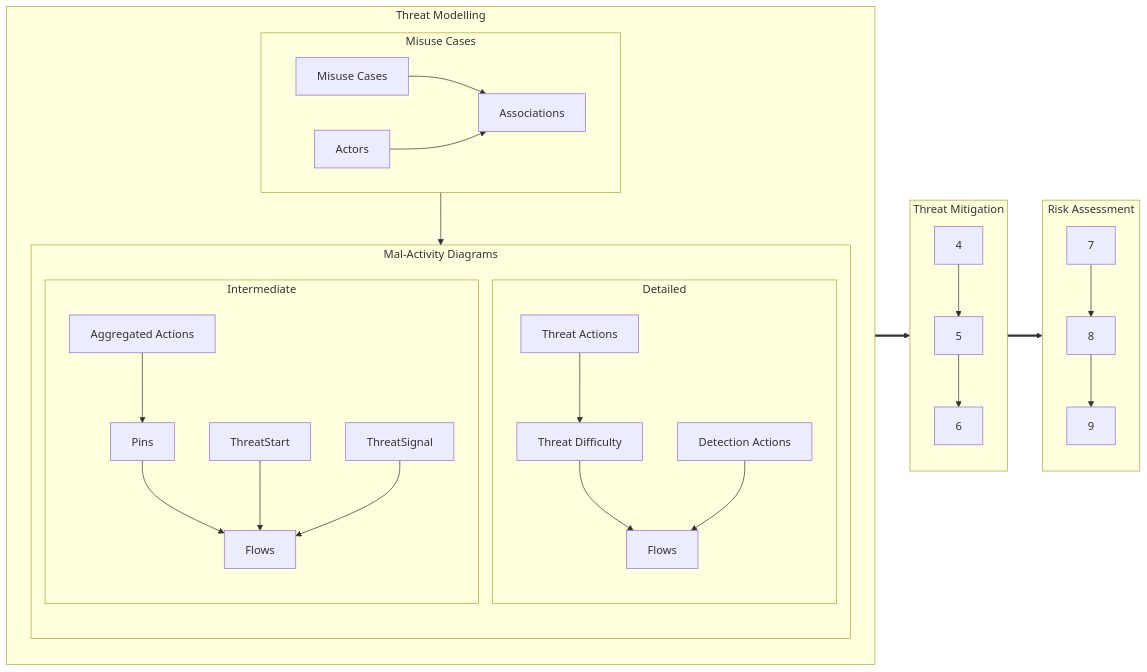
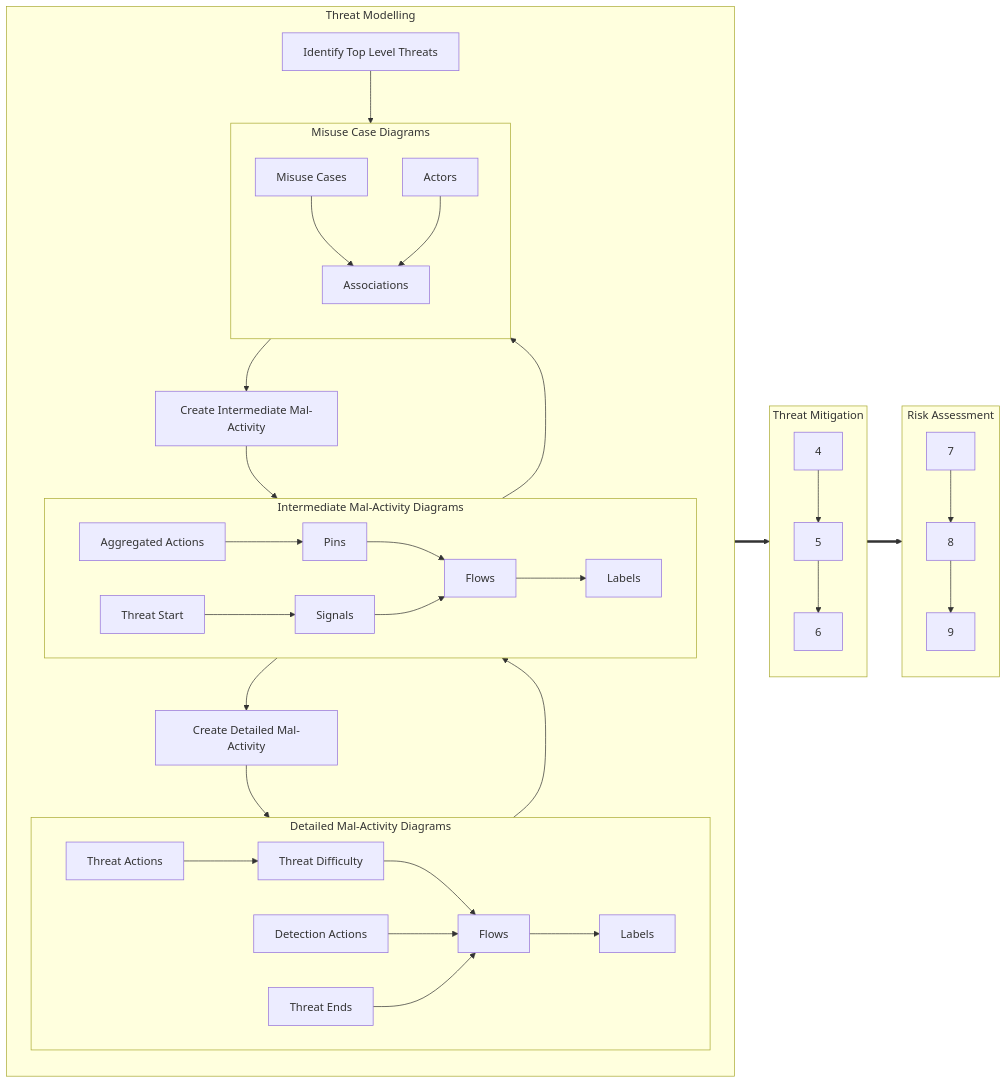
One commit to stuartfowler/CEMT changed the diagram in README.md. Above: the diagram before and after it, drawn with Mermaid. The commit also changed other lines of this file, not shown here.

Commit message:
Updated diagram

````diff
--- a/README.md
+++ b/README.md
@@ -97,47 +97,59 @@
 ```mermaid
 flowchart LR
+
   subgraph TMo["Threat Modelling"]
     direction TB
-    subgraph 1["Misuse Cases"]
+    subgraph 1["Misuse Case Diagrams"]
+      direction TB
+      1a["Misuse Cases"] --> 1c["Associations"]
+      1b["Actors"] --> 1c
+    end
+    subgraph 21["Intermediate Mal-Activity Diagrams"]
       direction LR
-      1a["Misuse Cases"]
-      1b["Actors"]
-      1c["Associations"]
-      1a --> 1c
-      1b --> 1c
+      21a["Aggregated Actions"] --> 21b["Pins"] --> 21e["Flows"] --> 21f["Labels"]
+      21c["Threat Start"] --> 21d["Signals"] --> 21e      
     end
-    subgraph 2["Mal-Activity Diagrams"]
-      direction TB
-      subgraph 21["Intermediate"]
-        direction LR
-        21a["Aggregated Actions"]
-        21b["Pins"]
-        21c["ThreatStart"]
-        21d["ThreatSignal"]
-        21e["Flows"]
-        21a --> 21b --> 21e
-        21c --> 21e
-        21d --> 21e
-      end
-      subgraph 22["Detailed"]
-        direction LR
-        2a["Threat Actions"]
-        2b["Detection Actions"]
-        2c["Threat Difficulty"]
-        2d["Flows"]
-        2a --> 2c --> 2d
-        2b --> 2d
-      end
+    subgraph 22["Detailed Mal-Activity Diagrams"]
+      direction LR
+      22a["Threat Actions"] --> 22c["Threat Difficulty"] --> 22d["Flows"] --> 22f["Labels"]
+      22b["Detection Actions"] --> 22d
+      22e["Threat Ends"] --> 22d
     end
-    1 --> 2
-  end
+    23["Create Detailed Mal-Activity"]
+    24["Create Intermediate Mal-Activity"]
+    25["Identify Top Level Threats"]
+    21 --> 23 --> 22
+    25 --> 1 --> 24 --> 21
+    21 --> 1
+    22 --> 21
+    end
   subgraph TMi["Threat Mitigation"]
     direction TB
     4 --> 5 --> 6
   end
   subgraph RA["Risk Assessment"]
     direction TB
     7 --> 8 --> 9
   end
   TMo ==> TMi ==> RA
+  click 25 "#threat-modelling" "Threat Modelling"
+  click 1a "#misuse-case-diagrams" "Misuse Case Diagrams"
+  click 1b "#misuse-case-diagrams" "Misuse Case Diagrams"
+  click 1c "#misuse-case-diagrams" "Misuse Case Diagrams"
+  click 24 "#misuse-case-diagrams" "Misuse Case Diagrams"
+
+  click 23 "#intermediate-mal-activity-diagrams" "Intermediate Mal-Activity Diagrams"
+  click 21a "#intermediate-mal-activity-diagrams" "Intermediate Mal-Activity Diagrams"
+  click 21b "#intermediate-mal-activity-diagrams" "Intermediate Mal-Activity Diagrams"
+  click 21c "#intermediate-mal-activity-diagrams" "Intermediate Mal-Activity Diagrams"
+  click 21d "#intermediate-mal-activity-diagrams" "Intermediate Mal-Activity Diagrams"
+  click 21e "#intermediate-mal-activity-diagrams" "Intermediate Mal-Activity Diagrams"
+  click 21f "#intermediate-mal-activity-diagrams" "Intermediate Mal-Activity Diagrams"
+
+  click 22a "#detailed-mal-activity-diagrams" "Detailed Mal-Activity Diagrams"
+  click 22b "#detailed-mal-activity-diagrams" "Detailed Mal-Activity Diagrams"
+  click 22c "#detailed-mal-activity-diagrams" "Detailed Mal-Activity Diagrams"
+  click 22d "#detailed-mal-activity-diagrams" "Detailed Mal-Activity Diagrams"
+  click 22e "#detailed-mal-activity-diagrams" "Detailed Mal-Activity Diagrams"
+  click 22f "#detailed-mal-activity-diagrams" "Detailed Mal-Activity Diagrams"
 ```
````
